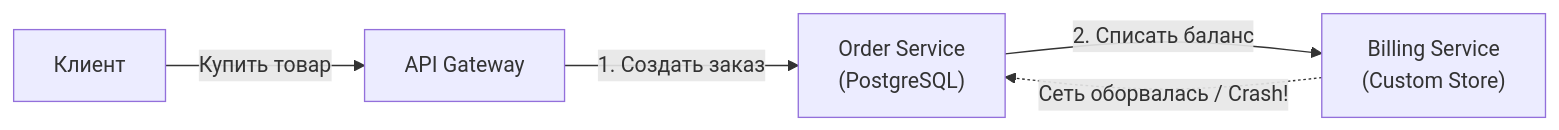
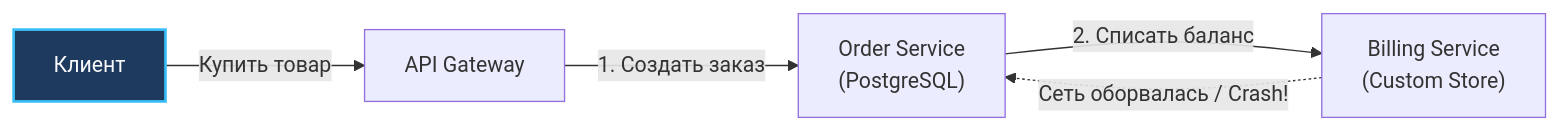
Before and after one commit to UnrealTemplier/go-textbook: the first of 4 diagrams in sources/14. Распределенные системы на Go/01. Основы/2. Проблемы распределенных систем.md, drawn with Mermaid. The commit also changed other lines of this file and 1666 other files, not shown here.

First line of the commit message:
feat(mermaid): add semantic color classDef to 1369 colorless flowchart/graph diagrams

````diff
--- a/sources/14. Распределенные системы на Go/01. Основы/2. Проблемы распределенных систем.md
+++ b/sources/14. Распределенные системы на Go/01. Основы/2. Проблемы распределенных систем.md
@@ -29,7 +29,17 @@
 ```mermaid
 flowchart LR
-    Client["Клиент"] -->|"Купить товар"| API["API Gateway"]
+    classDef process  fill:#1e293b,stroke:#38bdf8,stroke-width:1px,color:#f8fafc
+    classDef success  fill:#064e3b,stroke:#34d399,stroke-width:1px,color:#f8fafc
+    classDef error    fill:#7f1d1d,stroke:#f87171,stroke-width:1px,color:#f8fafc
+    classDef warning  fill:#78350f,stroke:#fbbf24,stroke-width:1px,color:#f8fafc
+    classDef entry    fill:#1e3a5f,stroke:#38bdf8,stroke-width:2px,color:#f8fafc
+    classDef aux      fill:#334155,stroke:#64748b,stroke-width:1px,color:#f8fafc
+    classDef system   fill:#312e81,stroke:#a78bfa,stroke-width:1px,color:#f8fafc
+    classDef data     fill:#132d29,stroke:#2dd4bf,stroke-width:1px,color:#f8fafc
+    classDef network  fill:#881337,stroke:#fb7185,stroke-width:1px,color:#f8fafc
+    classDef accent   fill:#1e1b4b,stroke:#818cf8,stroke-width:1px,color:#f8fafc
+    Client["Клиент"]:::entry -->|"Купить товар"| API["API Gateway"]
     API -->|"1. Создать заказ"| OS["Order Service<br>(PostgreSQL)"]
     OS -->|"2. Списать баланс"| BS["Billing Service<br>(Custom Store)"]
     BS -.->|"Сеть оборвалась / Crash!"| OS
 ```
````
